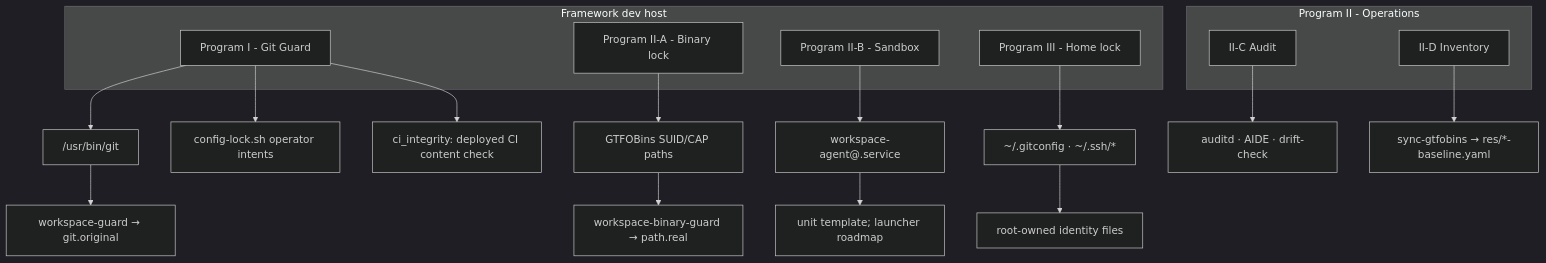
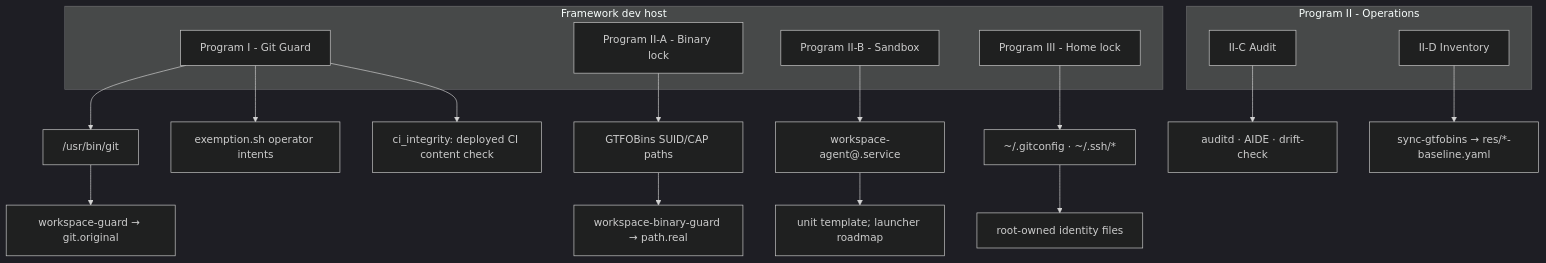
Before and after one commit to Independent-AI-Labs/WORKSPACE-GUARD: the diagram in README.md, drawn with Mermaid (dark theme). The commit also changed other lines of this file and 14 other files, not shown here.

First line of the commit message:
feat: replace config-lock unseal with sudo-gated exemption YAML editor

````diff
--- a/README.md
+++ b/README.md
@@ -85,31 +85,31 @@
 ```mermaid
 flowchart TB
   subgraph host [Framework dev host]
     P1[Program I - Git Guard]
     P2A[Program II-A - Binary lock]
     P2B[Program II-B - Sandbox]
     P3[Program III - Home lock]
   end
 
   P1 --> S1["/usr/bin/git"]
   S1 --> E1["workspace-guard → git.original"]
-  P1 --> C1["config-lock.sh operator intents"]
+  P1 --> C1["exemption.sh operator intents"]
   P1 --> C2["ci_integrity: deployed CI content check"]
 
   P2A --> S2["GTFOBins SUID/CAP paths"]
   S2 --> E2["workspace-binary-guard → path.real"]
 
   P2B --> S3["workspace-agent@.service"]
   S3 --> E3["unit template; launcher roadmap"]
 
   P3 --> S4["~/.gitconfig · ~/.ssh/*"]
   S4 --> E4["root-owned identity files"]
 
   subgraph ops [Program II - Operations]
     P2C[II-C Audit]
     P2D[II-D Inventory]
   end
 
   P2C --> D1["auditd · AIDE · drift-check"]
   P2D --> D2["sync-gtfobins → res/*-baseline.yaml"]
 ```
````
